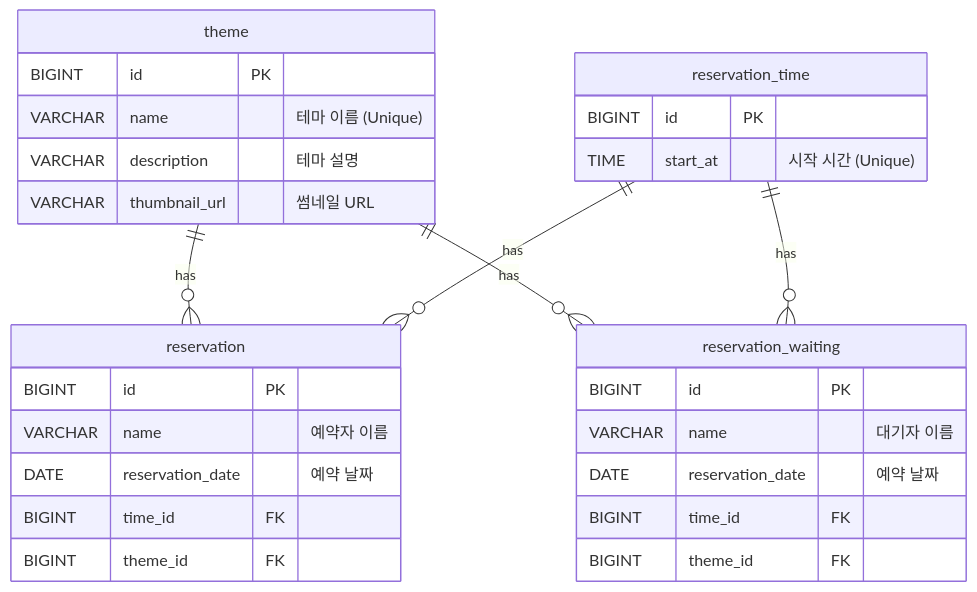
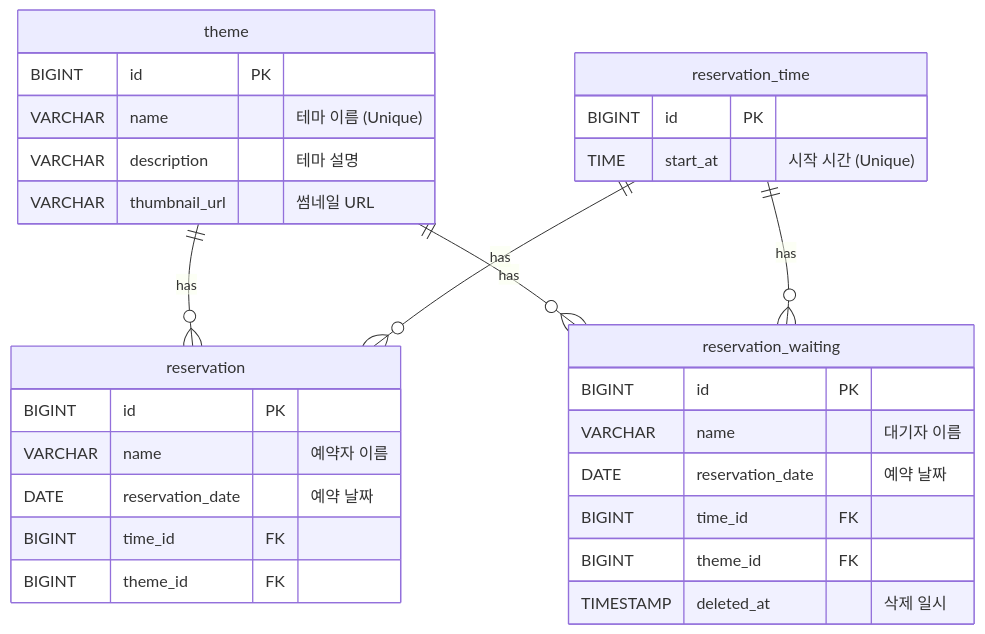
One commit to woowacourse/spring-roomescape-waiting changed the diagram in README.md. Above: the diagram before and after it, drawn with Mermaid. The commit also changed other lines of this file, not shown here.

````diff
--- a/README.md
+++ b/README.md
@@ -64,36 +44,36 @@
 ```mermaid
 erDiagram
     theme {
         BIGINT id PK
         VARCHAR name "테마 이름 (Unique)"
         VARCHAR description "테마 설명"
         VARCHAR thumbnail_url "썸네일 URL"
     }
     
     reservation_time {
         BIGINT id PK
         TIME start_at "시작 시간 (Unique)"
     }
     
     reservation {
         BIGINT id PK
         VARCHAR name "예약자 이름"
         DATE reservation_date "예약 날짜"
         BIGINT time_id FK
         BIGINT theme_id FK
     }
     
     reservation_waiting {
         BIGINT id PK
         VARCHAR name "대기자 이름"
         DATE reservation_date "예약 날짜"
         BIGINT time_id FK
         BIGINT theme_id FK
+        TIMESTAMP deleted_at "삭제 일시"
     }
 
     theme ||--o{ reservation : "has"
     reservation_time ||--o{ reservation : "has"
-    
     theme ||--o{ reservation_waiting : "has"
     reservation_time ||--o{ reservation_waiting : "has"
 ```
````
